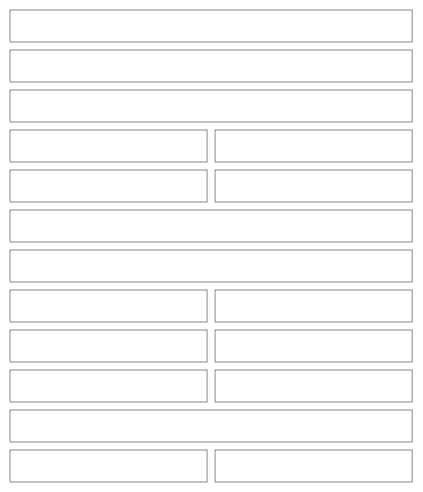
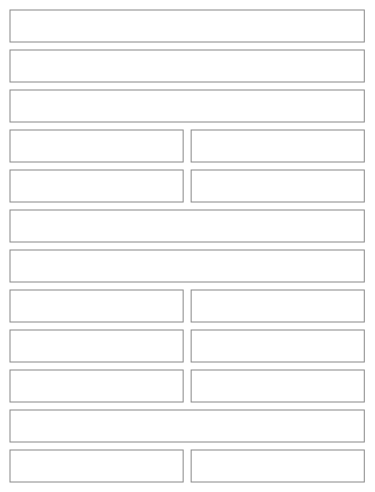
The ninth of 31 diagrams in src/apps/pinch/UX.md (NovaMoonX/moondreams-dev-apps), drawn with Mermaid before and after one commit. The commit also changed other lines of this file and 206 other files, not shown here.

````diff
--- a/src/apps/pinch/UX.md
+++ b/src/apps/pinch/UX.md
@@ -258,41 +301,41 @@
 ```mermaid
 %%{init: {'theme': 'base', 'themeVariables': {'primaryColor': 'transparent', 'primaryBorderColor': '#888888', 'primaryTextColor': '#333333', 'lineColor': '#888888'}}}%%
 block-beta
   columns 2
-  M1["‹ Meal"]:2
+  M1["‹ Adobo chicken +2"]:2
   M2["Tue, Oct 13 · 🍝 Dinner      Change"]:2
   M3["Start from a saved meal"]:2
   M4["+ New"]:1
   M5["Taco night"]:1
   M6["Chicken + rice"]:1
   M7["Breakfast bowl"]:1
   M8["What's on the plate?"]:2
   M9["🔍 Search recipes, ingredients"]:2
-  M10["🍲 Adobo chicken"]:1
+  M10["Adobo chicken"]:1
   M11["− 2 +"]:1
-  M12["🍲 Cilantro lime rice"]:1
+  M12["Cilantro lime rice"]:1
   M13["− 2 +"]:1
-  M14["🥣 Doritos (nacho cheese)"]:1
+  M14["Doritos (nacho cheese)"]:1
   M15["− 1 +"]:1
-  M16["Cost $11.20 · leaves out 1 ingredient"]:2
+  M16["Cost $11.20 ⚠ · 🔥 1,150 · 💪 64g"]:2
   M17["Cancel"]:1
   M18["Add to today"]:1
   style M1 fill:transparent,stroke:#888888,stroke-width:1px;
   style M2 fill:transparent,stroke:#888888,stroke-width:1px;
   style M3 fill:transparent,stroke:#888888,stroke-width:1px;
   style M4 fill:transparent,stroke:#888888,stroke-width:1px;
   style M5 fill:transparent,stroke:#888888,stroke-width:1px;
   style M6 fill:transparent,stroke:#888888,stroke-width:1px;
   style M7 fill:transparent,stroke:#888888,stroke-width:1px;
   style M8 fill:transparent,stroke:#888888,stroke-width:1px;
   style M9 fill:transparent,stroke:#888888,stroke-width:1px;
   style M10 fill:transparent,stroke:#888888,stroke-width:1px;
   style M11 fill:transparent,stroke:#888888,stroke-width:1px;
   style M12 fill:transparent,stroke:#888888,stroke-width:1px;
   style M13 fill:transparent,stroke:#888888,stroke-width:1px;
   style M14 fill:transparent,stroke:#888888,stroke-width:1px;
   style M15 fill:transparent,stroke:#888888,stroke-width:1px;
   style M16 fill:transparent,stroke:#888888,stroke-width:1px;
   style M17 fill:transparent,stroke:#888888,stroke-width:1px;
   style M18 fill:transparent,stroke:#888888,stroke-width:1px;
 ```
````
